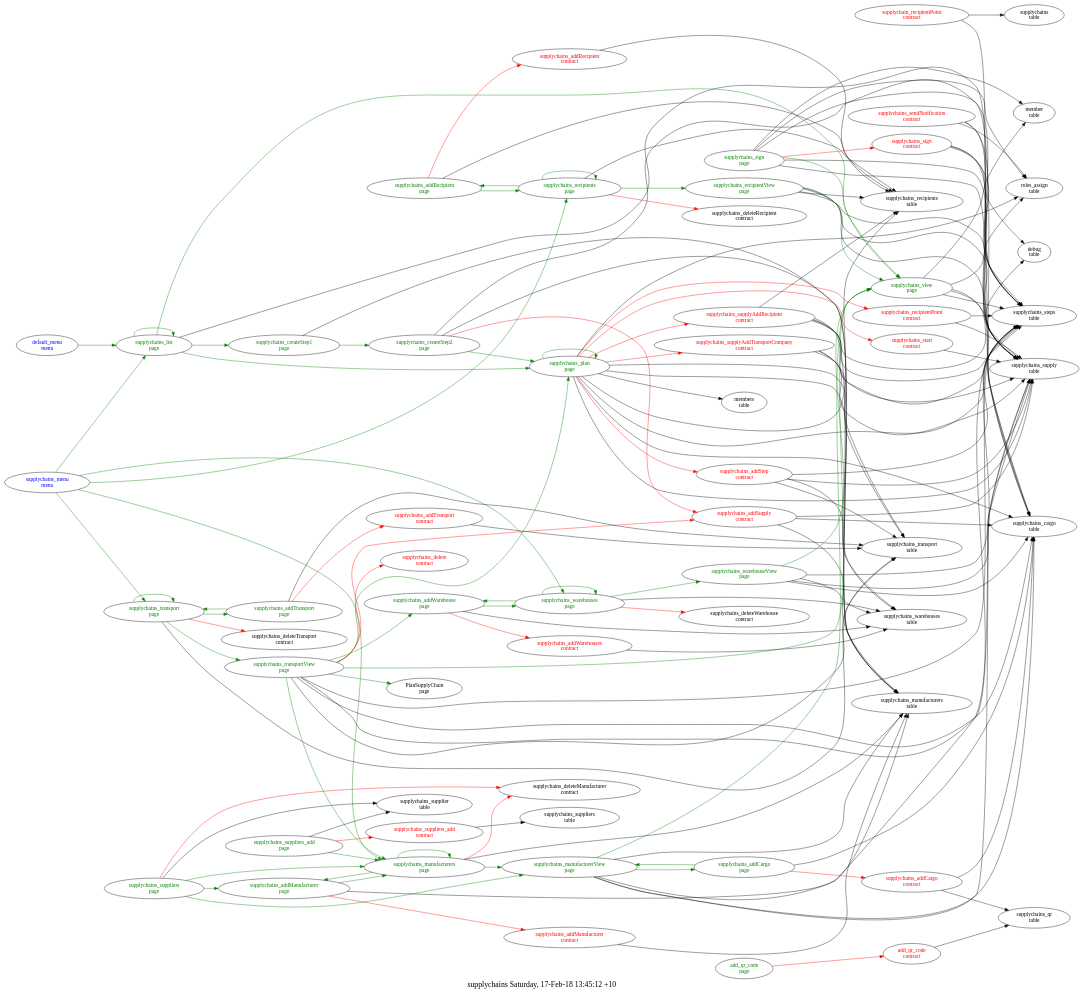
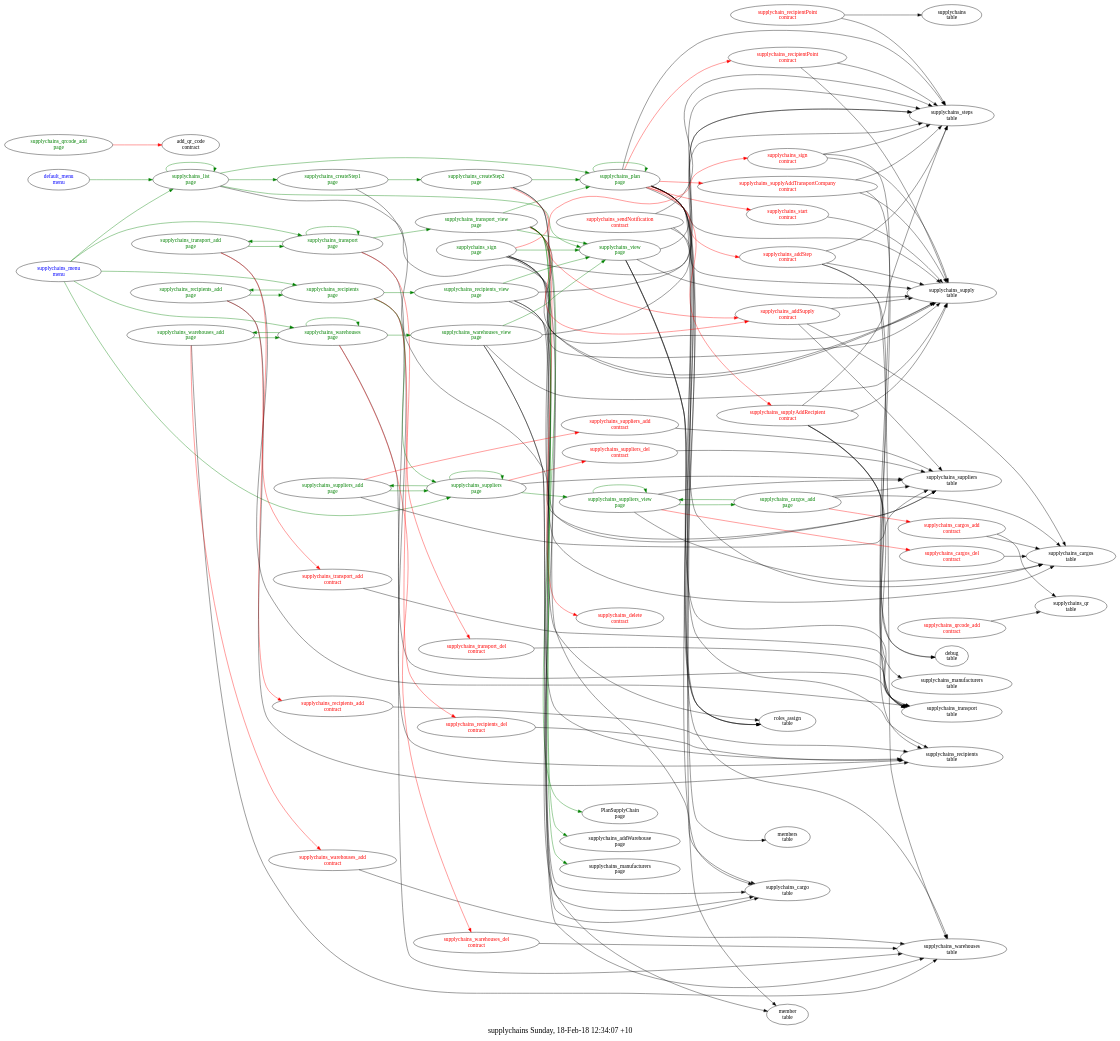
One commit to AplaProject/apps changed the diagram in src/supplychains/struct.dot. Above: the diagram before and after it, drawn with Graphviz. The commit also changed 60 other files, not shown here.

Commit message:
Fix supplychains (step 1)

```diff
--- a/src/supplychains/struct.dot
+++ b/src/supplychains/struct.dot
@@ -1,36 +1,34 @@
 digraph G {
 fontsize="20.0";
-label="supplychains Saturday, 17-Feb-18 13:45:12 +10";
+label="supplychains Sunday, 18-Feb-18 12:34:07 +10";
 rankdir=LR;
-"add_qr_code\ncontract" -> "supplychains_qr\ntable"
-"add_qr_code\ncontract" [fontcolor=red, group=contracts];
 "supplychain_recipientPoint\ncontract" -> "supplychains\ntable"
 "supplychain_recipientPoint\ncontract" -> "supplychains_steps\ntable"
 "supplychain_recipientPoint\ncontract" [fontcolor=red, group=contracts];
-"supplychains_addCargo\ncontract" -> "supplychains_qr\ntable"
-"supplychains_addCargo\ncontract" -> "supplychains_cargo\ntable"
-"supplychains_addCargo\ncontract" [fontcolor=red, group=contracts];
-"supplychains_addManufacturer\ncontract" -> "supplychains_manufacturers\ntable"
-"supplychains_addManufacturer\ncontract" [fontcolor=red, group=contracts];
-"supplychains_addRecipient\ncontract" -> "supplychains_recipients\ntable"
-"supplychains_addRecipient\ncontract" [fontcolor=red, group=contracts];
 "supplychains_addStep\ncontract" -> "supplychains_supply\ntable"
 "supplychains_addStep\ncontract" -> "supplychains_steps\ntable"
 "supplychains_addStep\ncontract" -> "supplychains_transport\ntable"
 "supplychains_addStep\ncontract" -> "supplychains_warehouses\ntable"
 "supplychains_addStep\ncontract" [fontcolor=red, group=contracts];
-"supplychains_addSupply\ncontract" -> "supplychains_manufacturers\ntable"
-"supplychains_addSupply\ncontract" -> "supplychains_cargo\ntable"
+"supplychains_addSupply\ncontract" -> "supplychains_suppliers\ntable"
+"supplychains_addSupply\ncontract" -> "supplychains_cargos\ntable"
 "supplychains_addSupply\ncontract" -> "supplychains_supply\ntable"
 "supplychains_addSupply\ncontract" [fontcolor=red, group=contracts];
-"supplychains_addTransport\ncontract" -> "supplychains_transport\ntable"
-"supplychains_addTransport\ncontract" [fontcolor=red, group=contracts];
-"supplychains_addWarehouses\ncontract" -> "supplychains_warehouses\ntable"
-"supplychains_addWarehouses\ncontract" [fontcolor=red, group=contracts];
+"supplychains_cargos_add\ncontract" -> "supplychains_qr\ntable"
+"supplychains_cargos_add\ncontract" -> "supplychains_cargos\ntable"
+"supplychains_cargos_add\ncontract" [fontcolor=red, group=contracts];
+"supplychains_cargos_del\ncontract" -> "supplychains_cargos\ntable"
+"supplychains_cargos_del\ncontract" [fontcolor=red, group=contracts];
 "supplychains_delete\ncontract" [fontcolor=red, group=contracts];
+"supplychains_qrcode_add\ncontract" -> "supplychains_qr\ntable"
+"supplychains_qrcode_add\ncontract" [fontcolor=red, group=contracts];
 "supplychains_recipientPoint\ncontract" -> "supplychains_supply\ntable"
 "supplychains_recipientPoint\ncontract" -> "supplychains_steps\ntable"
 "supplychains_recipientPoint\ncontract" [fontcolor=red, group=contracts];
+"supplychains_recipients_add\ncontract" -> "supplychains_recipients\ntable"
+"supplychains_recipients_add\ncontract" [fontcolor=red, group=contracts];
+"supplychains_recipients_del\ncontract" -> "supplychains_recipients\ntable"
+"supplychains_recipients_del\ncontract" [fontcolor=red, group=contracts];
 "supplychains_sendNotification\ncontract" -> "supplychains_supply\ntable"
 "supplychains_sendNotification\ncontract" -> "supplychains_steps\ntable"
 "supplychains_sendNotification\ncontract" -> "roles_assign\ntable"
@@ -43,6 +41,8 @@
 "supplychains_start\ncontract" [fontcolor=red, group=contracts];
 "supplychains_suppliers_add\ncontract" -> "supplychains_suppliers\ntable"
 "supplychains_suppliers_add\ncontract" [fontcolor=red, group=contracts];
+"supplychains_suppliers_del\ncontract" -> "supplychains_suppliers\ntable"
+"supplychains_suppliers_del\ncontract" [fontcolor=red, group=contracts];
 "supplychains_supplyAddRecipient\ncontract" -> "supplychains_supply\ntable"
 "supplychains_supplyAddRecipient\ncontract" -> "debug\ntable"
 "supplychains_supplyAddRecipient\ncontract" -> "supplychains_recipients\ntable"
@@ -53,42 +53,33 @@
 "supplychains_supplyAddTransportCompany\ncontract" -> "supplychains_steps\ntable"
 "supplychains_supplyAddTransportCompany\ncontract" -> "supplychains_transport\ntable"
 "supplychains_supplyAddTransportCompany\ncontract" [fontcolor=red, group=contracts];
+"supplychains_transport_add\ncontract" -> "supplychains_transport\ntable"
+"supplychains_transport_add\ncontract" [fontcolor=red, group=contracts];
+"supplychains_transport_del\ncontract" -> "supplychains_transport\ntable"
+"supplychains_transport_del\ncontract" [fontcolor=red, group=contracts];
+"supplychains_warehouses_add\ncontract" -> "supplychains_warehouses\ntable"
+"supplychains_warehouses_add\ncontract" [fontcolor=red, group=contracts];
+"supplychains_warehouses_del\ncontract" -> "supplychains_warehouses\ntable"
+"supplychains_warehouses_del\ncontract" [fontcolor=red, group=contracts];
 "default_menu\nmenu" -> "supplychains_list\npage"  [ color=green ]
 "default_menu\nmenu" [fontcolor=blue, group=menus];
 "supplychains_menu\nmenu" -> "supplychains_list\npage"  [ color=green ]
-"supplychains_menu\nmenu" -> "supplychains_manufacturers\npage"  [ color=green ]
+"supplychains_menu\nmenu" -> "supplychains_suppliers\npage"  [ color=green ]
 "supplychains_menu\nmenu" -> "supplychains_transport\npage"  [ color=green ]
 "supplychains_menu\nmenu" -> "supplychains_warehouses\npage"  [ color=green ]
 "supplychains_menu\nmenu" -> "supplychains_recipients\npage"  [ color=green ]
 "supplychains_menu\nmenu" [fontcolor=blue, group=menus];
-"add_qr_code\npage" -> "add_qr_code\ncontract"  [ color=red ]
-"add_qr_code\npage" [fontcolor=green, group=pages];
-"supplychains_addCargo\npage" -> "supplychains_addCargo\ncontract"  [ color=red ]
-"supplychains_addCargo\npage" -> "supplychains_cargo\ntable"
-"supplychains_addCargo\npage" -> "supplychains_manufacturerView\npage"  [ color=green ]
-"supplychains_addCargo\npage" [fontcolor=green, group=pages];
-"supplychains_addManufacturer\npage" -> "supplychains_addManufacturer\ncontract"  [ color=red ]
-"supplychains_addManufacturer\npage" -> "supplychains_manufacturers\ntable"
-"supplychains_addManufacturer\npage" -> "supplychains_manufacturers\npage"  [ color=green ]
-"supplychains_addManufacturer\npage" [fontcolor=green, group=pages];
-"supplychains_addRecipient\npage" -> "supplychains_addRecipient\ncontract"  [ color=red ]
-"supplychains_addRecipient\npage" -> "supplychains_recipients\ntable"
-"supplychains_addRecipient\npage" -> "supplychains_recipients\npage"  [ color=green ]
-"supplychains_addRecipient\npage" [fontcolor=green, group=pages];
-"supplychains_addTransport\npage" -> "supplychains_addTransport\ncontract"  [ color=red ]
-"supplychains_addTransport\npage" -> "supplychains_transport\ntable"
-"supplychains_addTransport\npage" -> "supplychains_transport\npage"  [ color=green ]
-"supplychains_addTransport\npage" [fontcolor=green, group=pages];
-"supplychains_addWarehouse\npage" -> "supplychains_addWarehouses\ncontract"  [ color=red ]
-"supplychains_addWarehouse\npage" -> "supplychains_warehouses\ntable"
-"supplychains_addWarehouse\npage" -> "supplychains_warehouses\npage"  [ color=green ]
-"supplychains_addWarehouse\npage" [fontcolor=green, group=pages];
-"supplychains_createStep1\npage" -> "supplychains_manufacturers\ntable"
+"supplychains_cargos_add\npage" -> "supplychains_cargos_add\ncontract"  [ color=red ]
+"supplychains_cargos_add\npage" -> "supplychains_suppliers\ntable"
+"supplychains_cargos_add\npage" -> "supplychains_cargos\ntable"
+"supplychains_cargos_add\npage" -> "supplychains_suppliers_view\npage"  [ color=green ]
+"supplychains_cargos_add\npage" [fontcolor=green, group=pages];
+"supplychains_createStep1\npage" -> "supplychains_suppliers\ntable"
 "supplychains_createStep1\npage" -> "supplychains_createStep2\npage"  [ color=green ]
 "supplychains_createStep1\npage" [fontcolor=green, group=pages];
 "supplychains_createStep2\npage" -> "supplychains_addSupply\ncontract"  [ color=red ]
-"supplychains_createStep2\npage" -> "supplychains_manufacturers\ntable"
-"supplychains_createStep2\npage" -> "supplychains_cargo\ntable"
+"supplychains_createStep2\npage" -> "supplychains_suppliers\ntable"
+"supplychains_createStep2\npage" -> "supplychains_cargos\ntable"
 "supplychains_createStep2\npage" -> "supplychains_plan\npage"  [ color=green ]
 "supplychains_createStep2\npage" [fontcolor=green, group=pages];
 "supplychains_list\npage" -> "supplychains_supply\ntable"
@@ -97,26 +88,13 @@
 "supplychains_list\npage" -> "supplychains_list\npage"  [ color=green ]
 "supplychains_list\npage" -> "supplychains_createStep1\npage"  [ color=green ]
 "supplychains_list\npage" [fontcolor=green, group=pages];
-"supplychains_manufacturerView\npage" -> "supplychains_manufacturers\ntable"
-"supplychains_manufacturerView\npage" -> "supplychains_supply\ntable"
-"supplychains_manufacturerView\npage" -> "supplychains_steps\ntable"
-"supplychains_manufacturerView\npage" -> "supplychains_cargo\ntable"
-"supplychains_manufacturerView\npage" -> "supplychains_view\npage"  [ color=green ]
-"supplychains_manufacturerView\npage" -> "supplychains_addCargo\npage"  [ color=green ]
-"supplychains_manufacturerView\npage" [fontcolor=green, group=pages];
-"supplychains_manufacturers\npage" -> "supplychains_deleteManufacturer\ncontract"  [ color=red ]
-"supplychains_manufacturers\npage" -> "supplychains_manufacturers\ntable"
-"supplychains_manufacturers\npage" -> "supplychains_manufacturerView\npage"  [ color=green ]
-"supplychains_manufacturers\npage" -> "supplychains_addManufacturer\npage"  [ color=green ]
-"supplychains_manufacturers\npage" -> "supplychains_manufacturers\npage"  [ color=green ]
-"supplychains_manufacturers\npage" [fontcolor=green, group=pages];
 "supplychains_plan\npage" -> "supplychains_addStep\ncontract"  [ color=red ]
 "supplychains_plan\npage" -> "supplychains_supplyAddRecipient\ncontract"  [ color=red ]
 "supplychains_plan\npage" -> "supplychains_supplyAddTransportCompany\ncontract"  [ color=red ]
 "supplychains_plan\npage" -> "supplychains_recipientPoint\ncontract"  [ color=red ]
 "supplychains_plan\npage" -> "supplychains_start\ncontract"  [ color=red ]
 "supplychains_plan\npage" -> "supplychains_supply\ntable"
-"supplychains_plan\npage" -> "supplychains_cargo\ntable"
+"supplychains_plan\npage" -> "supplychains_cargos\ntable"
 "supplychains_plan\npage" -> "supplychains_steps\ntable"
 "supplychains_plan\npage" -> "roles_assign\ntable"
 "supplychains_plan\npage" -> "members\ntable"
@@ -125,18 +103,24 @@
 "supplychains_plan\npage" -> "supplychains_warehouses\ntable"
 "supplychains_plan\npage" -> "supplychains_plan\npage"  [ color=green ]
 "supplychains_plan\npage" [fontcolor=green, group=pages];
-"supplychains_recipientView\npage" -> "supplychains_recipients\ntable"
-"supplychains_recipientView\npage" -> "supplychains_supply\ntable"
-"supplychains_recipientView\npage" -> "supplychains_steps\ntable"
-"supplychains_recipientView\npage" -> "supplychains_cargo\ntable"
-"supplychains_recipientView\npage" -> "supplychains_view\npage"  [ color=green ]
-"supplychains_recipientView\npage" [fontcolor=green, group=pages];
-"supplychains_recipients\npage" -> "supplychains_deleteRecipient\ncontract"  [ color=red ]
+"supplychains_qrcode_add\npage" -> "add_qr_code\ncontract"  [ color=red ]
+"supplychains_qrcode_add\npage" [fontcolor=green, group=pages];
+"supplychains_recipients\npage" -> "supplychains_recipients_del\ncontract"  [ color=red ]
 "supplychains_recipients\npage" -> "supplychains_recipients\ntable"
-"supplychains_recipients\npage" -> "supplychains_recipientView\npage"  [ color=green ]
-"supplychains_recipients\npage" -> "supplychains_addRecipient\npage"  [ color=green ]
-"supplychains_recipients\npage" -> "supplychains_recipients\npage"  [ color=green ]
+"supplychains_recipients\npage" -> "supplychains_recipients_view\npage"  [ color=green ]
+"supplychains_recipients\npage" -> "supplychains_recipients_add\npage"  [ color=green ]
+"supplychains_recipients\npage" -> "supplychains_suppliers\npage"  [ color=green ]
 "supplychains_recipients\npage" [fontcolor=green, group=pages];
+"supplychains_recipients_add\npage" -> "supplychains_recipients_add\ncontract"  [ color=red ]
+"supplychains_recipients_add\npage" -> "supplychains_recipients\ntable"
+"supplychains_recipients_add\npage" -> "supplychains_recipients\npage"  [ color=green ]
+"supplychains_recipients_add\npage" [fontcolor=green, group=pages];
+"supplychains_recipients_view\npage" -> "supplychains_recipients\ntable"
+"supplychains_recipients_view\npage" -> "supplychains_supply\ntable"
+"supplychains_recipients_view\npage" -> "supplychains_steps\ntable"
+"supplychains_recipients_view\npage" -> "supplychains_cargo\ntable"
+"supplychains_recipients_view\npage" -> "supplychains_view\npage"  [ color=green ]
+"supplychains_recipients_view\npage" [fontcolor=green, group=pages];
 "supplychains_sign\npage" -> "supplychains_sign\ncontract"  [ color=red ]
 "supplychains_sign\npage" -> "supplychains_supply\ntable"
 "supplychains_sign\npage" -> "supplychains_cargo\ntable"
@@ -145,50 +129,62 @@
 "supplychains_sign\npage" -> "member\ntable"
 "supplychains_sign\npage" -> "supplychains_view\npage"  [ color=green ]
 "supplychains_sign\npage" [fontcolor=green, group=pages];
-"supplychains_suppliers\npage" -> "supplychains_deleteManufacturer\ncontract"  [ color=red ]
-"supplychains_suppliers\npage" -> "supplychains_supplier\ntable"
-"supplychains_suppliers\npage" -> "supplychains_manufacturerView\npage"  [ color=green ]
-"supplychains_suppliers\npage" -> "supplychains_addManufacturer\npage"  [ color=green ]
-"supplychains_suppliers\npage" -> "supplychains_manufacturers\npage"  [ color=green ]
+"supplychains_suppliers\npage" -> "supplychains_suppliers_del\ncontract"  [ color=red ]
+"supplychains_suppliers\npage" -> "supplychains_suppliers\ntable"
+"supplychains_suppliers\npage" -> "supplychains_suppliers_view\npage"  [ color=green ]
+"supplychains_suppliers\npage" -> "supplychains_suppliers_add\npage"  [ color=green ]
+"supplychains_suppliers\npage" -> "supplychains_suppliers\npage"  [ color=green ]
 "supplychains_suppliers\npage" [fontcolor=green, group=pages];
 "supplychains_suppliers_add\npage" -> "supplychains_suppliers_add\ncontract"  [ color=red ]
-"supplychains_suppliers_add\npage" -> "supplychains_supplier\ntable"
-"supplychains_suppliers_add\npage" -> "supplychains_manufacturers\npage"  [ color=green ]
+"supplychains_suppliers_add\npage" -> "supplychains_suppliers\ntable"
+"supplychains_suppliers_add\npage" -> "supplychains_suppliers\npage"  [ color=green ]
 "supplychains_suppliers_add\npage" [fontcolor=green, group=pages];
-"supplychains_transport\npage" -> "supplychains_deleteTransport\ncontract"  [ color=red ]
+"supplychains_suppliers_view\npage" -> "supplychains_cargos_del\ncontract"  [ color=red ]
+"supplychains_suppliers_view\npage" -> "supplychains_suppliers\ntable"
+"supplychains_suppliers_view\npage" -> "supplychains_cargos\ntable"
+"supplychains_suppliers_view\npage" -> "supplychains_cargos_add\npage"  [ color=green ]
+"supplychains_suppliers_view\npage" -> "supplychains_suppliers_view\npage"  [ color=green ]
+"supplychains_suppliers_view\npage" [fontcolor=green, group=pages];
+"supplychains_transport\npage" -> "supplychains_transport_del\ncontract"  [ color=red ]
 "supplychains_transport\npage" -> "supplychains_transport\ntable"
-"supplychains_transport\npage" -> "supplychains_transportView\npage"  [ color=green ]
-"supplychains_transport\npage" -> "supplychains_addTransport\npage"  [ color=green ]
+"supplychains_transport\npage" -> "supplychains_transport_view\npage"  [ color=green ]
+"supplychains_transport\npage" -> "supplychains_transport_add\npage"  [ color=green ]
 "supplychains_transport\npage" -> "supplychains_transport\npage"  [ color=green ]
 "supplychains_transport\npage" [fontcolor=green, group=pages];
-"supplychains_transportView\npage" -> "supplychains_addSupply\ncontract"  [ color=red ]
-"supplychains_transportView\npage" -> "supplychains_delete\ncontract"  [ color=red ]
-"supplychains_transportView\npage" -> "supplychains_transport\ntable"
-"supplychains_transportView\npage" -> "supplychains_supply\ntable"
-"supplychains_transportView\npage" -> "supplychains_steps\ntable"
-"supplychains_transportView\npage" -> "supplychains_cargo\ntable"
-"supplychains_transportView\npage" -> "supplychains_view\npage"  [ color=green ]
-"supplychains_transportView\npage" -> "supplychains_plan\npage"  [ color=green ]
-"supplychains_transportView\npage" -> "PlanSupplyChain\npage"  [ color=green ]
-"supplychains_transportView\npage" -> "supplychains_addWarehouse\npage"  [ color=green ]
-"supplychains_transportView\npage" -> "supplychains_manufacturers\npage"  [ color=green ]
-"supplychains_transportView\npage" [fontcolor=green, group=pages];
+"supplychains_transport_add\npage" -> "supplychains_transport_add\ncontract"  [ color=red ]
+"supplychains_transport_add\npage" -> "supplychains_transport\ntable"
+"supplychains_transport_add\npage" -> "supplychains_transport\npage"  [ color=green ]
+"supplychains_transport_add\npage" [fontcolor=green, group=pages];
+"supplychains_transport_view\npage" -> "supplychains_addSupply\ncontract"  [ color=red ]
+"supplychains_transport_view\npage" -> "supplychains_delete\ncontract"  [ color=red ]
+"supplychains_transport_view\npage" -> "supplychains_cargo\ntable"
+"supplychains_transport_view\npage" -> "supplychains_supply\ntable"
+"supplychains_transport_view\npage" -> "supplychains_view\npage"  [ color=green ]
+"supplychains_transport_view\npage" -> "supplychains_plan\npage"  [ color=green ]
+"supplychains_transport_view\npage" -> "PlanSupplyChain\npage"  [ color=green ]
+"supplychains_transport_view\npage" -> "supplychains_addWarehouse\npage"  [ color=green ]
+"supplychains_transport_view\npage" -> "supplychains_manufacturers\npage"  [ color=green ]
+"supplychains_transport_view\npage" [fontcolor=green, group=pages];
 "supplychains_view\npage" -> "supplychains_supply\ntable"
 "supplychains_view\npage" -> "supplychains_cargo\ntable"
 "supplychains_view\npage" -> "supplychains_steps\ntable"
 "supplychains_view\npage" -> "roles_assign\ntable"
 "supplychains_view\npage" -> "member\ntable"
 "supplychains_view\npage" [fontcolor=green, group=pages];
-"supplychains_warehouseView\npage" -> "supplychains_warehouses\ntable"
-"supplychains_warehouseView\npage" -> "supplychains_supply\ntable"
-"supplychains_warehouseView\npage" -> "supplychains_steps\ntable"
-"supplychains_warehouseView\npage" -> "supplychains_cargo\ntable"
-"supplychains_warehouseView\npage" -> "supplychains_view\npage"  [ color=green ]
-"supplychains_warehouseView\npage" [fontcolor=green, group=pages];
-"supplychains_warehouses\npage" -> "supplychains_deleteWarehouse\ncontract"  [ color=red ]
+"supplychains_warehouses\npage" -> "supplychains_warehouses_del\ncontract"  [ color=red ]
 "supplychains_warehouses\npage" -> "supplychains_warehouses\ntable"
-"supplychains_warehouses\npage" -> "supplychains_warehouseView\npage"  [ color=green ]
+"supplychains_warehouses\npage" -> "supplychains_warehouses_view\npage"  [ color=green ]
+"supplychains_warehouses\npage" -> "supplychains_warehouses_add\npage"  [ color=green ]
 "supplychains_warehouses\npage" -> "supplychains_warehouses\npage"  [ color=green ]
-"supplychains_warehouses\npage" -> "supplychains_addWarehouse\npage"  [ color=green ]
 "supplychains_warehouses\npage" [fontcolor=green, group=pages];
+"supplychains_warehouses_add\npage" -> "supplychains_warehouses_add\ncontract"  [ color=red ]
+"supplychains_warehouses_add\npage" -> "supplychains_warehouses\ntable"
+"supplychains_warehouses_add\npage" -> "supplychains_warehouses\npage"  [ color=green ]
+"supplychains_warehouses_add\npage" [fontcolor=green, group=pages];
+"supplychains_warehouses_view\npage" -> "supplychains_warehouses\ntable"
+"supplychains_warehouses_view\npage" -> "supplychains_supply\ntable"
+"supplychains_warehouses_view\npage" -> "supplychains_steps\ntable"
+"supplychains_warehouses_view\npage" -> "supplychains_cargo\ntable"
+"supplychains_warehouses_view\npage" -> "supplychains_view\npage"  [ color=green ]
+"supplychains_warehouses_view\npage" [fontcolor=green, group=pages];
 }
```
